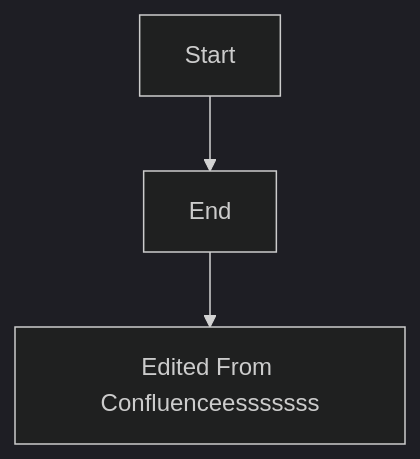
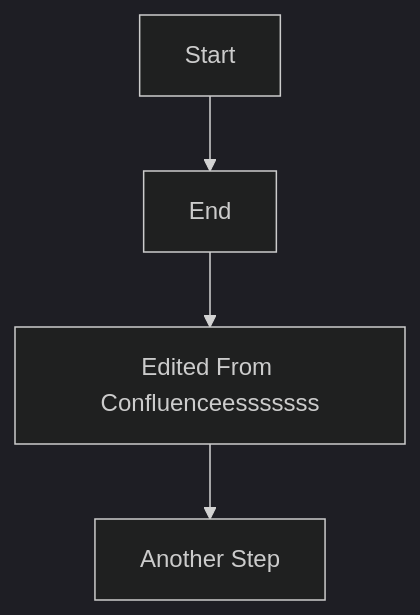
One commit to kbxtremethoughts/mermaid-test changed the diagram in test-diagram.mmd. Above: the diagram before and after it, drawn with Mermaid (dark theme).

```diff
--- a/test-diagram.mmd
+++ b/test-diagram.mmd
@@ -1,3 +1,4 @@
 graph TD
   A[Start] --> B[End]
   B --> C[Edited From Confluenceesssssss]
+C --> D[Another Step]
```
